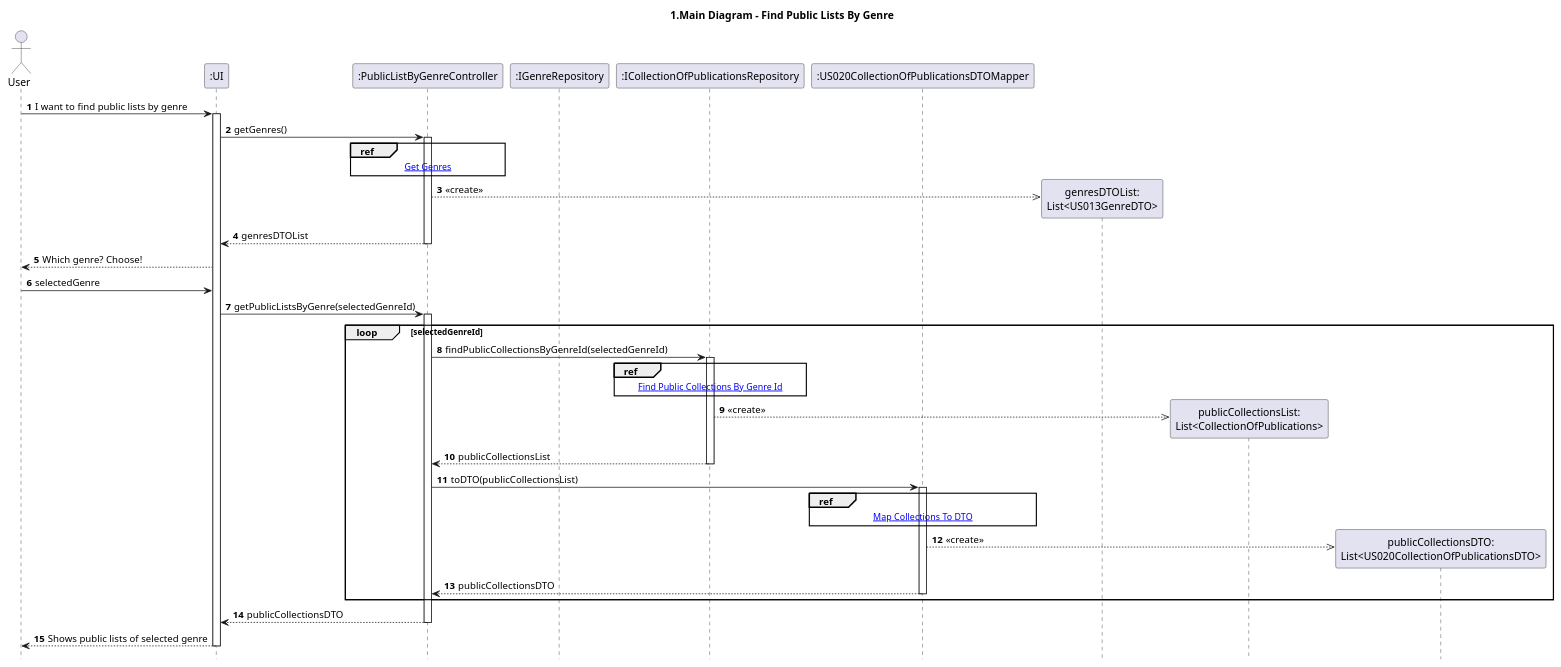
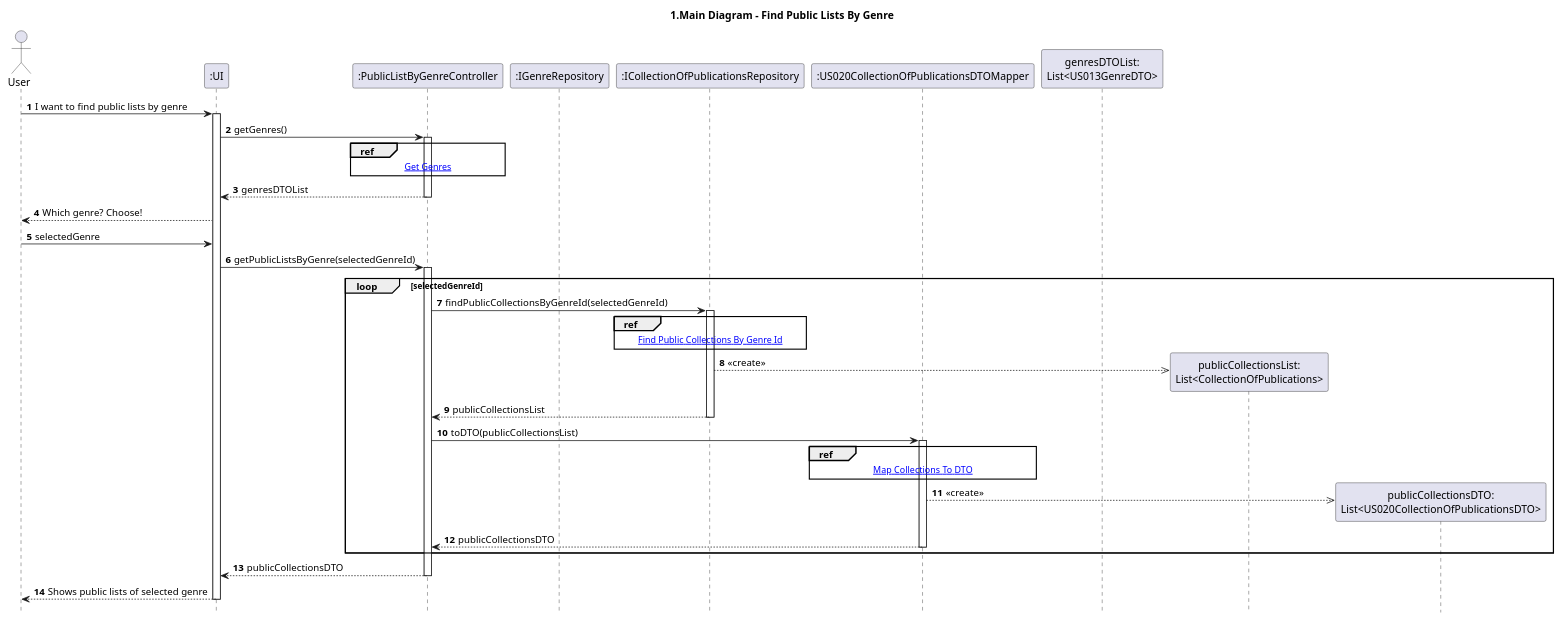
One commit to AndrePereiraGitH/SWitCH-Project-Team_A changed the diagram in Diagrams/SequenceDiagrams/N2/To-get-list-of-public-lists-by-genre/1.MainDiagram.puml. Above: the diagram before and after it, drawn with PlantUML. The commit also changed 3 other files, not shown here.

Commit message:
diagrams: fixed issues with find public lists by genre diagrams #753

```diff
--- a/Diagrams/SequenceDiagrams/N2/To-get-list-of-public-lists-by-genre/1.MainDiagram.puml
+++ b/Diagrams/SequenceDiagrams/N2/To-get-list-of-public-lists-by-genre/1.MainDiagram.puml
@@ -1,80 +1,78 @@
 @startuml
 hide footbox
 autonumber
 
 title 1.Main Diagram - Find Public Lists By Genre
 
 actor User
 
 participant ":UI" as UI
 participant ":PublicListByGenreController" as Ctrl
 
 participant ":IGenreRepository" as genreRepo
 participant ":ICollectionOfPublicationsRepository" as collectionRepo
 participant ":US020CollectionOfPublicationsDTOMapper" as collectionMapper
 
 participant "genresDTOList:\nList<US013GenreDTO>" as genresDTOList
 participant "publicCollectionsList:\nList<CollectionOfPublications>" as publicCollectionsList
 participant "publicCollectionsDTO:\nList<US020CollectionOfPublicationsDTO>" as publicCollectionsDTO
 
 User -> UI : I want to find public lists by genre
 activate UI
 
 UI -> Ctrl : getGenres()
 activate Ctrl
 
     ref over Ctrl
     [[2.GetGenres.puml Get Genres]]
     end ref
-
-    Ctrl -->> genresDTOList ** : <<create>>
 
 Ctrl --> UI : genresDTOList
 deactivate Ctrl
 
 User <-- UI : Which genre? Choose!
 
 User -> UI : selectedGenre
 UI -> Ctrl : getPublicListsByGenre(selectedGenreId)
 activate Ctrl
 
 loop selectedGenreId
 
     '----- GET PUBLIC COLLECTIONS BY GENRE ---------
 
     Ctrl -> collectionRepo : findPublicCollectionsByGenreId(selectedGenreId)
     activate collectionRepo
 
         ref over collectionRepo
         [[3.FindPublicCollectionsByGenreId.puml Find Public Collections By Genre Id]]
         end ref
 
         collectionRepo -->> publicCollectionsList ** : <<create>>
 
     collectionRepo --> Ctrl : publicCollectionsList
     deactivate collectionRepo
 
     '--------- CONVERT TO DTO -----------------
 
     Ctrl -> collectionMapper : toDTO(publicCollectionsList)
     activate collectionMapper
 
         ref over collectionMapper
         [[4.MapCollectionsToDTO.puml Map Collections To DTO]]
         end ref
 
         collectionMapper -->> publicCollectionsDTO ** : <<create>>
 
     collectionMapper --> Ctrl : publicCollectionsDTO
     deactivate collectionMapper
 
 end
 
 Ctrl --> UI : publicCollectionsDTO
 
 deactivate Ctrl
 
 UI --> User : Shows public lists of selected genre
 deactivate UI
 
 @enduml
```
